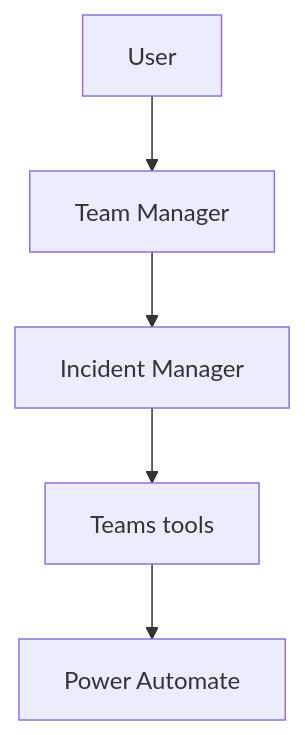
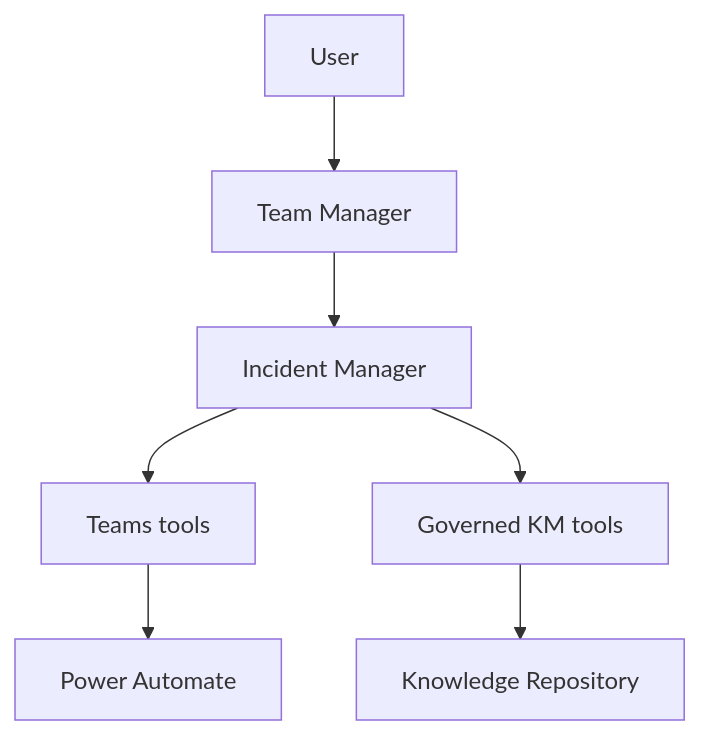
Before and after one commit to drak0niii/SLOPANOC: the second of 4 diagrams in README.md, drawn with Mermaid. The commit also changed other lines of this file and 3 other files, not shown here.

Commit message:
docs: consolidate build sequence and roadmap

````diff
--- a/README.md
+++ b/README.md
@@ -138,7 +151,9 @@
 ```mermaid
 flowchart TD
     User --> TM[Team Manager]
     TM --> IM[Incident Manager]
     IM --> TOOLS[Teams tools]
+    IM --> KMTOOLS[Governed KM tools]
     TOOLS --> PA[Power Automate]
+    KMTOOLS --> KMREPO[Knowledge Repository]
 ```
````
